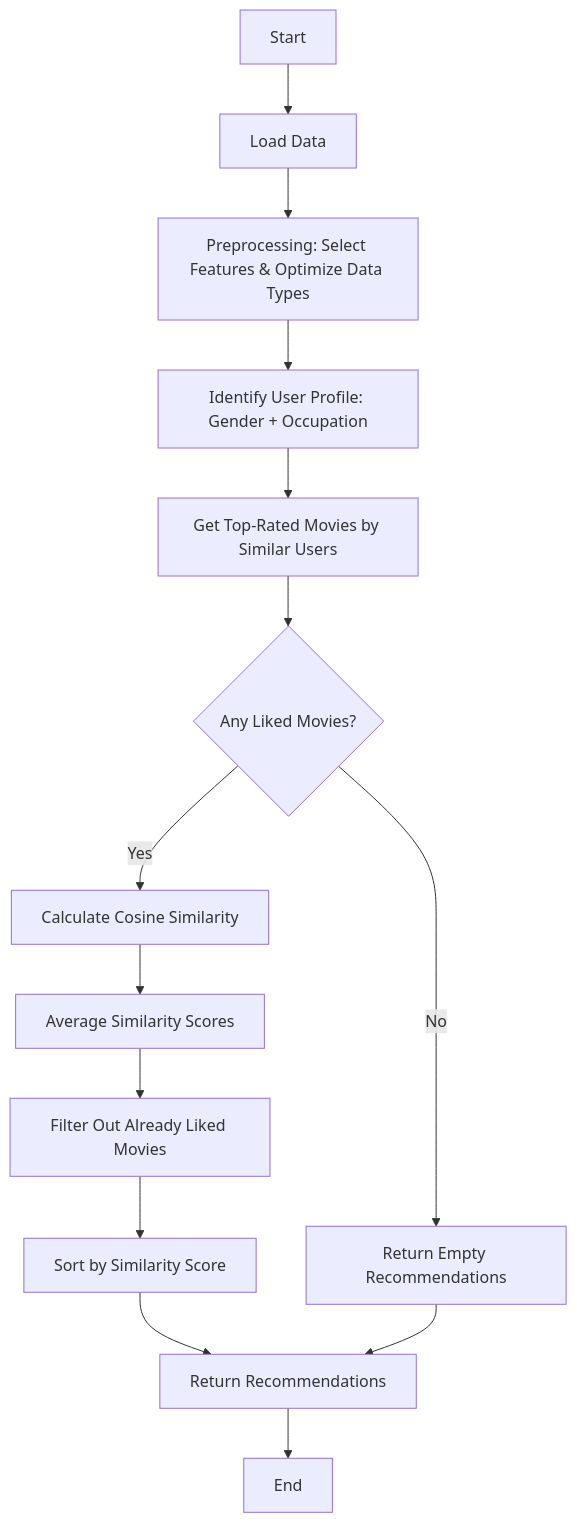
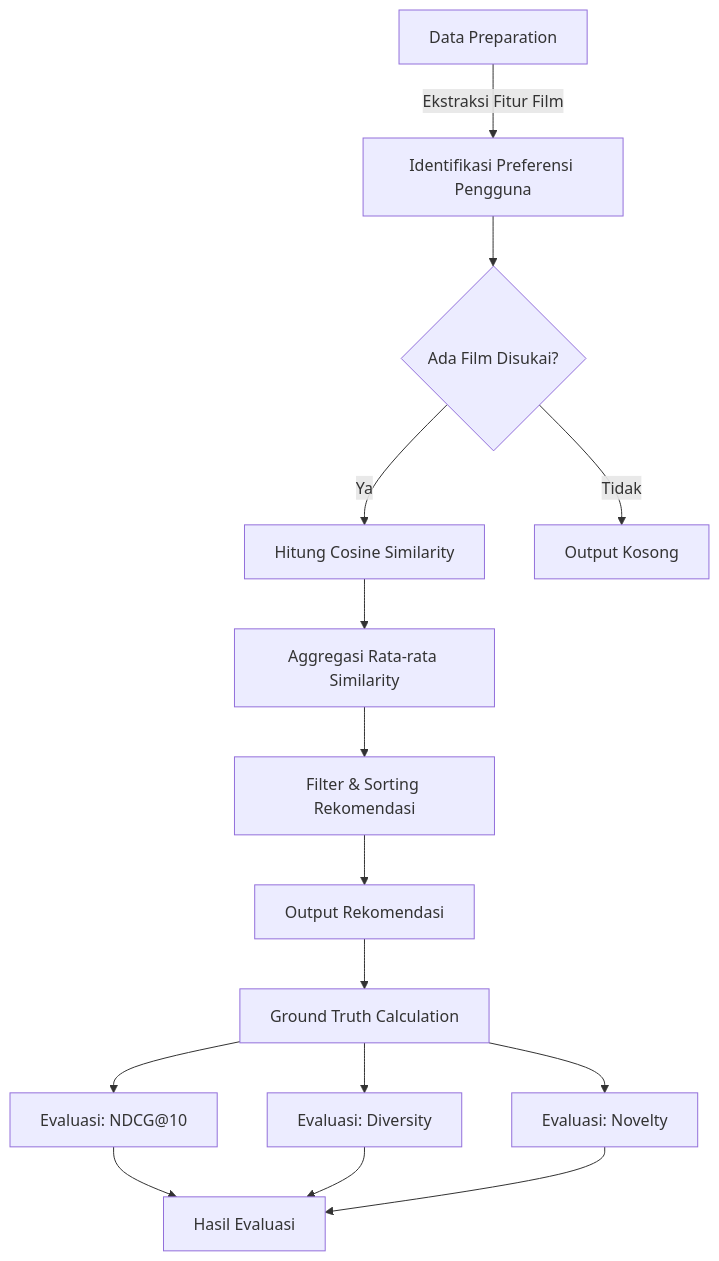
One commit to AkbarArsanata/Sistem-Rekomendasi changed the second of 5 diagrams in README.md. Above: the diagram before and after it, drawn with Mermaid. The commit also changed other lines of this file, not shown here.

````diff
--- a/README.md
+++ b/README.md
@@ -454,16 +466,17 @@
 ```mermaid
 flowchart TD
-    A[Start] --> B[Load Data]
-    B --> C[Preprocessing: Select Features & Optimize Data Types]
-    C --> D[Identify User Profile: Gender + Occupation]
-    D --> E[Get Top-Rated Movies by Similar Users]
-    E --> F{Any Liked Movies?}
-    F -->|Yes| G[Calculate Cosine Similarity]
-    F -->|No| H[Return Empty Recommendations]
-    G --> I[Average Similarity Scores]
-    I --> J[Filter Out Already Liked Movies]
-    J --> K[Sort by Similarity Score]
-    K --> L[Return Recommendations]
-    H --> L
-    L --> M[End]
+    A[Data Preparation] -->|Ekstraksi Fitur Film| B[Identifikasi Preferensi Pengguna]
+    B --> C{Ada Film Disukai?}
+    C -->|Ya| D[Hitung Cosine Similarity]
+    C -->|Tidak| E[Output Kosong]
+    D --> F[Aggregasi Rata-rata Similarity]
+    F --> G[Filter & Sorting Rekomendasi]
+    G --> H[Output Rekomendasi]
+    H --> I[Ground Truth Calculation]
+    I --> J[Evaluasi: NDCG@10]
+    I --> K[Evaluasi: Diversity]
+    I --> L[Evaluasi: Novelty]
+    J --> M[Hasil Evaluasi]
+    K --> M
+    L --> M
 ```
````
